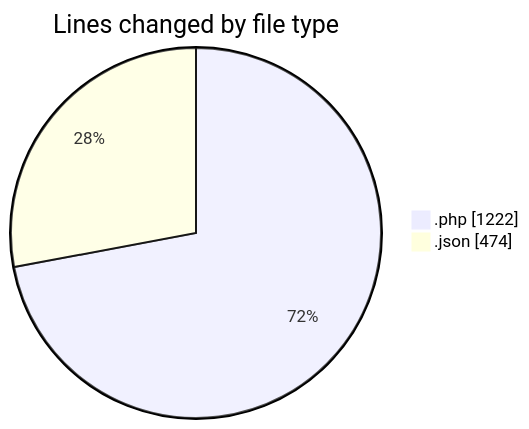
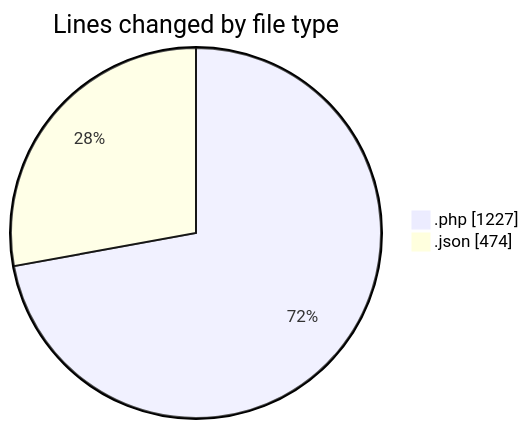
Before and after one commit to idhammustaqopulfikri/code-tracking: the first of 2 diagrams in 2025-06-02/studio-backend/README.md, drawn with Mermaid. The commit also changed other lines of this file and 1 other file, not shown here.

````diff
--- a/2025-06-02/studio-backend/README.md
+++ b/2025-06-02/studio-backend/README.md
@@ -37,6 +37,6 @@
 ```mermaid
 pie showData
 title Lines changed by file type
-".php" : 1222
+".php" : 1227
 ".json" : 474
 ```
````
